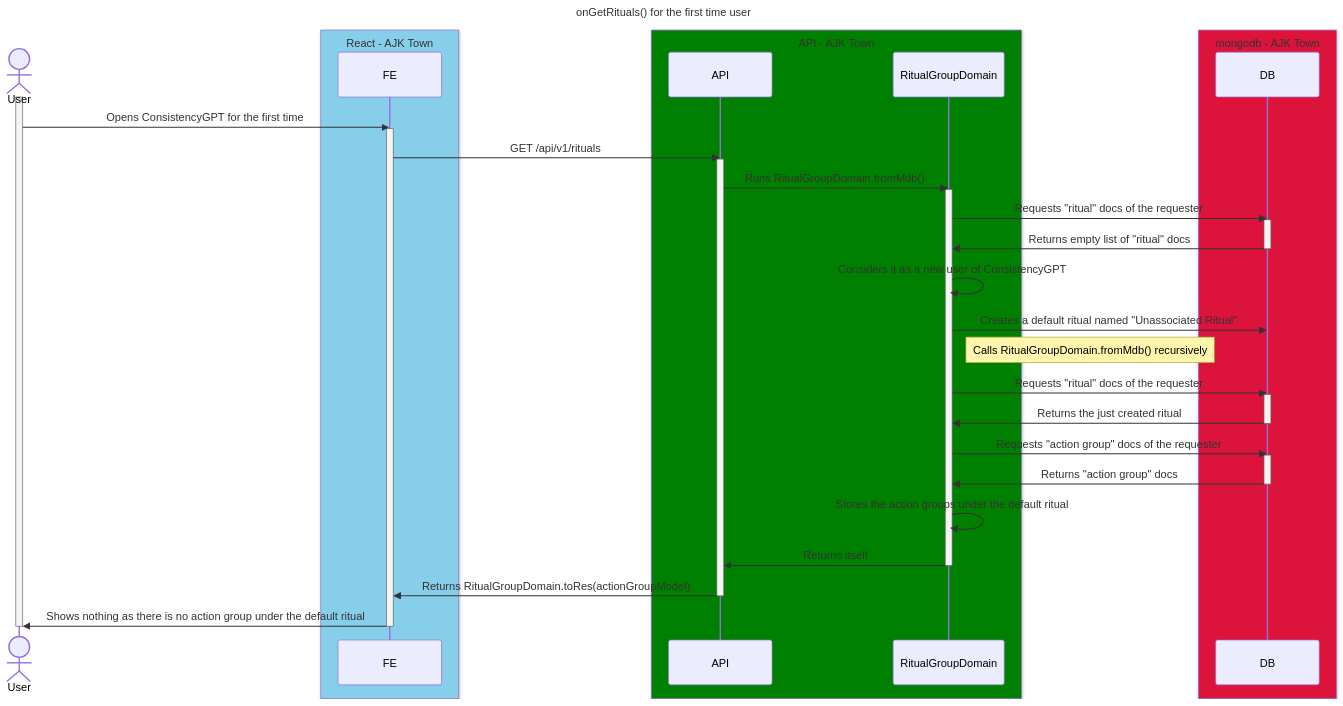
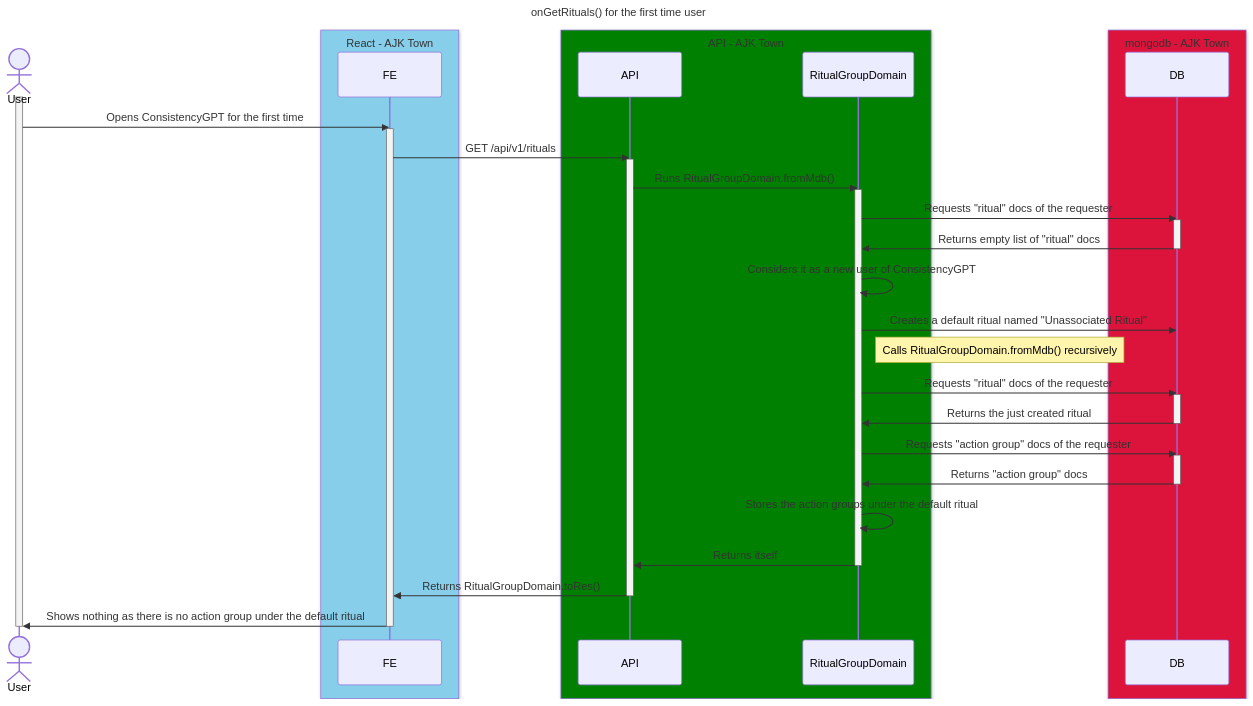
The diagram in dev_consistency/diagrams/on-get-rituals-first-time.md (ajktown/docs), drawn with Mermaid before and after one commit.

Commit message:
doc: small fixed

````diff
--- a/dev_consistency/diagrams/on-get-rituals-first-time.md
+++ b/dev_consistency/diagrams/on-get-rituals-first-time.md
@@ -18,49 +18,49 @@
 ```mermaid
 
 sequenceDiagram
 title: onGetRituals() for the first time user
 
 actor user as User
 box SkyBlue React - AJK Town
   participant fe as FE
 end
 box Green API - AJK Town
   participant api as API
   participant domain as RitualGroupDomain
 end
 box Crimson mongodb - AJK Town
   participant db as DB
 end
 
 
 activate user
   user ->> fe: Opens ConsistencyGPT for the first time
   activate fe
     fe ->> api: GET /api/v1/rituals
     activate api
       api ->> domain: Runs RitualGroupDomain.fromMdb()
       activate domain
         domain ->> db: Requests "ritual" docs of the requester
         activate db
           db ->> domain: Returns empty list of "ritual" docs
         deactivate db
         domain ->> domain: Considers it as a new user of ConsistencyGPT
         domain ->> db: Creates a default ritual named "Unassociated Ritual"
         Note right of domain: Calls RitualGroupDomain.fromMdb() recursively
         domain ->> db: Requests "ritual" docs of the requester
         activate db
           db ->> domain: Returns the just created ritual
         deactivate db
         domain ->> db: Requests "action group" docs of the requester
         activate db
           db ->> domain: Returns "action group" docs
         deactivate db
         domain ->> domain: Stores the action groups under the default ritual
         domain ->> api: Returns itself
       deactivate domain
-      api ->> fe: Returns RitualGroupDomain.toRes(actionGroupModel)
+      api ->> fe: Returns RitualGroupDomain.toRes()
     deactivate api
     fe ->> user: Shows nothing as there is no action group under the default ritual
   deactivate fe
 deactivate user
 ```
````
